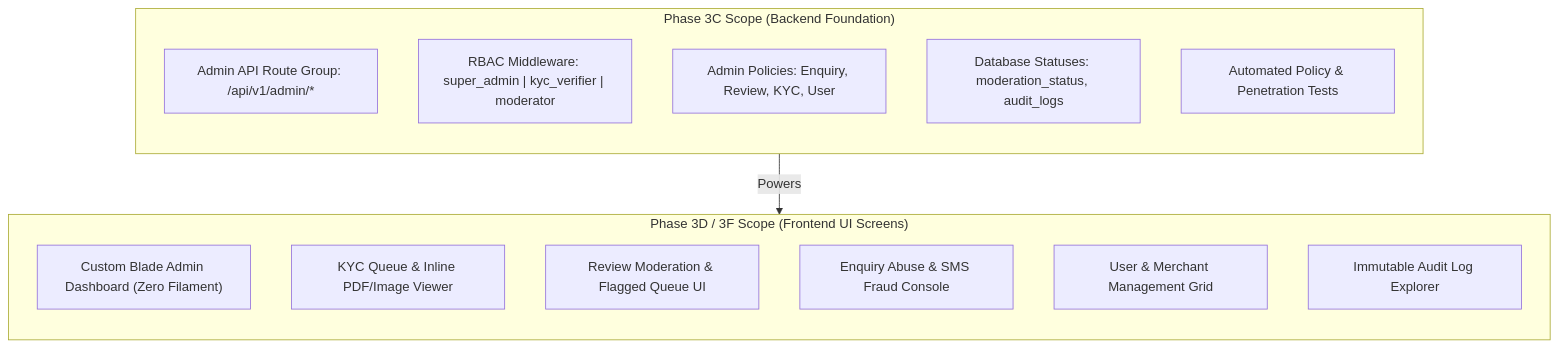
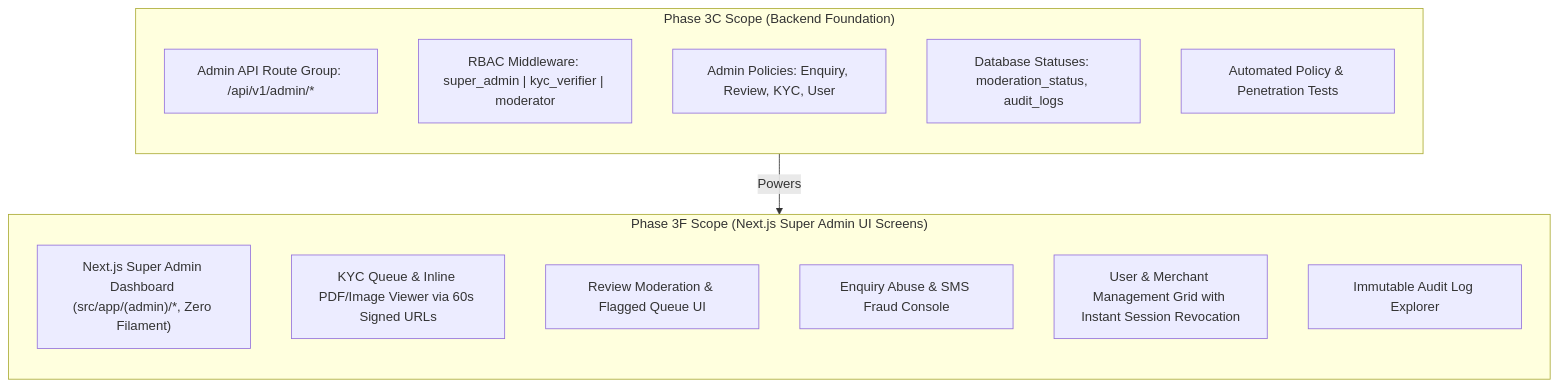
One commit to SanjayJai/neargrid changed the fifth of 6 diagrams in docs/18-phase-3c-technical-architecture-and-roadmap.md. Above: the diagram before and after it, drawn with Mermaid. The commit also changed other lines of this file and 31 other files, not shown here.

````diff
--- a/docs/18-phase-3c-technical-architecture-and-roadmap.md
+++ b/docs/18-phase-3c-technical-architecture-and-roadmap.md
@@ -405,23 +405,23 @@
 ```mermaid
 flowchart TD
     subgraph P3C["Phase 3C Scope (Backend Foundation)"]
         direction TB
         A1["Admin API Route Group: /api/v1/admin/*"]
         A2["RBAC Middleware: super_admin | kyc_verifier | moderator"]
         A3["Admin Policies: Enquiry, Review, KYC, User"]
         A4["Database Statuses: moderation_status, audit_logs"]
         A5["Automated Policy & Penetration Tests"]
     end
 
-    subgraph P3F["Phase 3D / 3F Scope (Frontend UI Screens)"]
+    subgraph P3F["Phase 3F Scope (Next.js Super Admin UI Screens)"]
         direction TB
-        B1["Custom Blade Admin Dashboard (Zero Filament)"]
-        B2["KYC Queue & Inline PDF/Image Viewer"]
+        B1["Next.js Super Admin Dashboard (src/app/(admin)/*, Zero Filament)"]
+        B2["KYC Queue & Inline PDF/Image Viewer via 60s Signed URLs"]
         B3["Review Moderation & Flagged Queue UI"]
         B4["Enquiry Abuse & SMS Fraud Console"]
-        B5["User & Merchant Management Grid"]
+        B5["User & Merchant Management Grid with Instant Session Revocation"]
         B6["Immutable Audit Log Explorer"]
     end
 
     P3C -->|Powers| P3F
 ```
````
